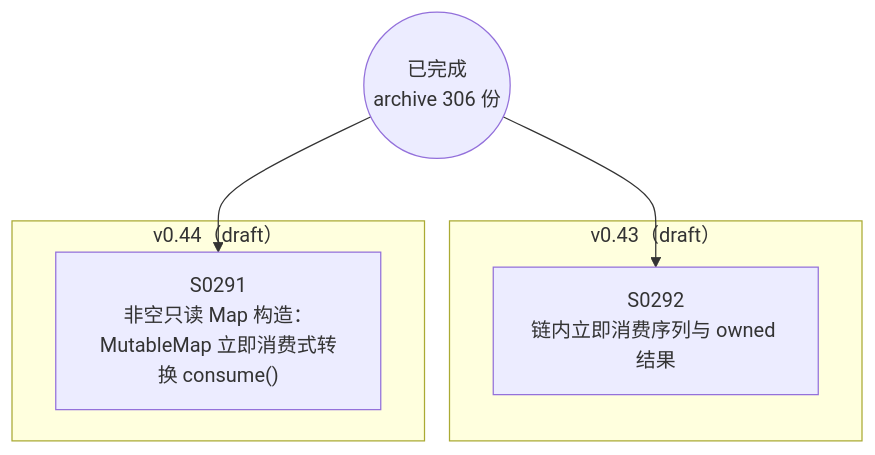
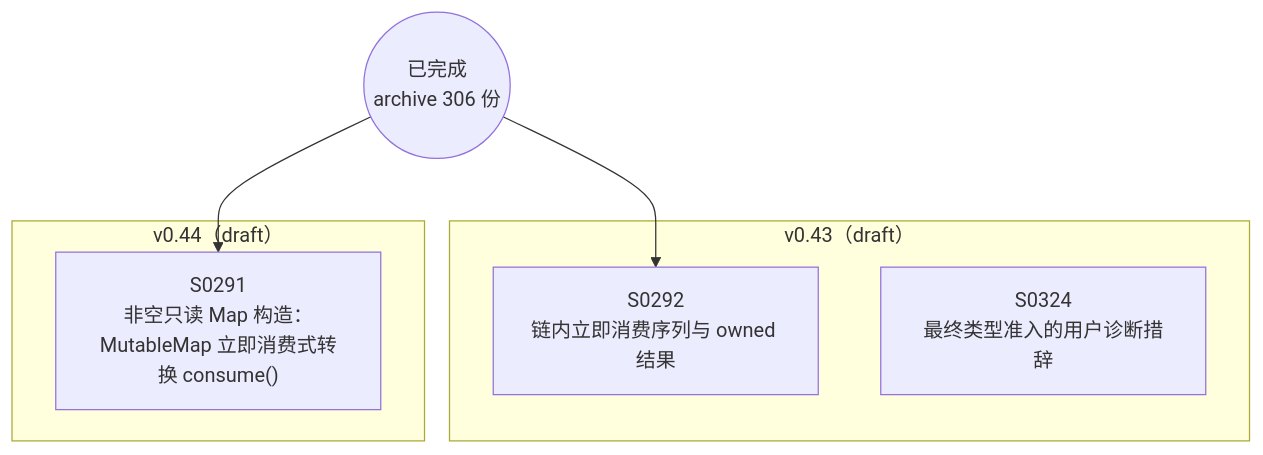
Before and after one commit to Halckon/Koven: the diagram in docs/specs/dependency-graph.md, drawn with Mermaid. The commit also changed other lines of this file and 6 other files, not shown here.

````diff
--- a/docs/specs/dependency-graph.md
+++ b/docs/specs/dependency-graph.md
@@ -9,12 +9,13 @@
 ```mermaid
 flowchart TD
 ARCH(("已完成<br/>archive 306 份"))
 subgraph Gdrafts_v043["v0.43（draft）"]
   S0292["S0292<br/>链内立即消费序列与 owned 结果"]
+  S0324["S0324<br/>最终类型准入的用户诊断措辞"]
 end
 subgraph Gdrafts_v044["v0.44（draft）"]
   S0291["S0291<br/>非空只读 Map 构造：MutableMap 立即消费式转换 consume()"]
 end
 ARCH --> S0291
 ARCH --> S0292
 ```
````
